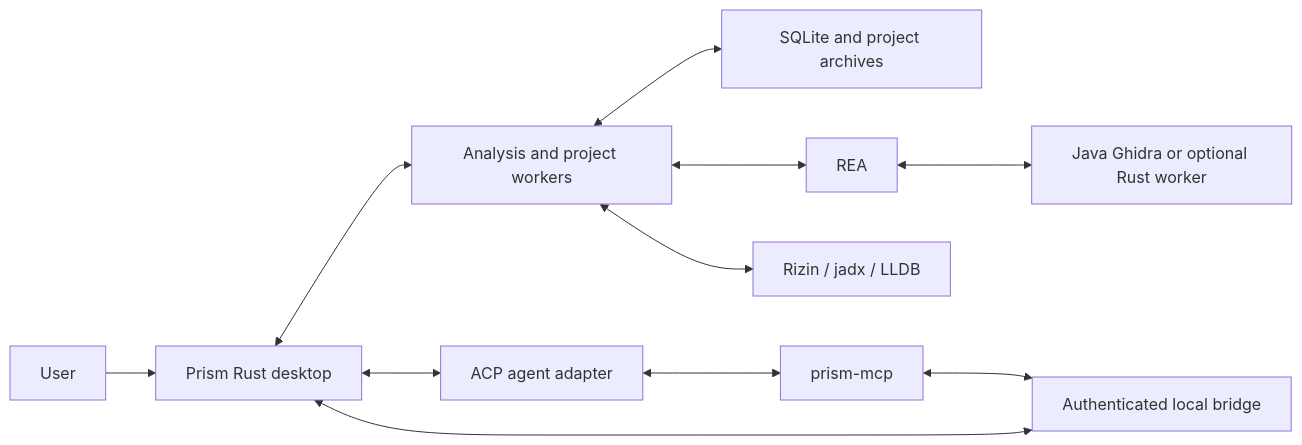
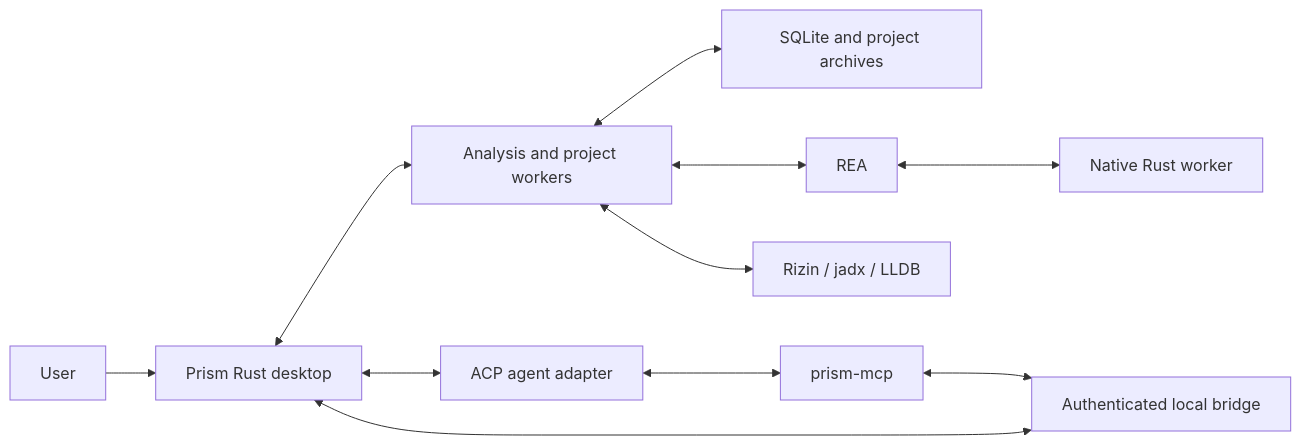
Before and after one commit to nanashili/prism: the diagram in README.md, drawn with Mermaid. The commit also changed other lines of this file and 993 other files, not shown here.

Commit message:
feat: integrate native rea-rust and unify Prism setup and settings

````diff
--- a/README.md
+++ b/README.md
@@ -155,13 +161,13 @@
 ```mermaid
 flowchart LR
     User[User] --> UI[Prism Rust desktop]
     UI <--> Worker[Analysis and project workers]
     UI <--> Agent[ACP agent adapter]
     Agent <--> MCP[prism-mcp]
     MCP <--> Bridge[Authenticated local bridge]
     Bridge <--> UI
     Worker <--> Store[SQLite and project archives]
     Worker <--> REA[REA]
-    REA <--> Ghidra[Java Ghidra or optional Rust worker]
+    REA <--> Ghidra[Native Rust worker]
     Worker <--> Other[Rizin / jadx / LLDB]
 ```
````
